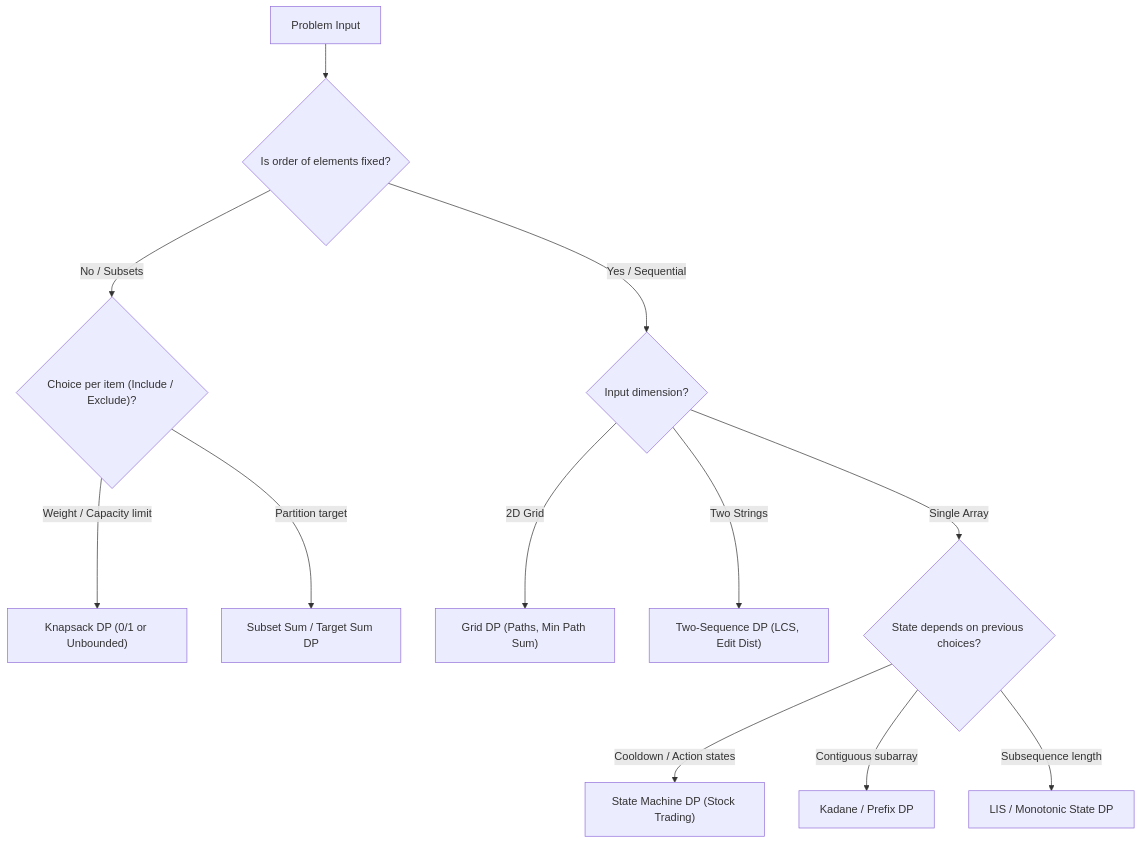
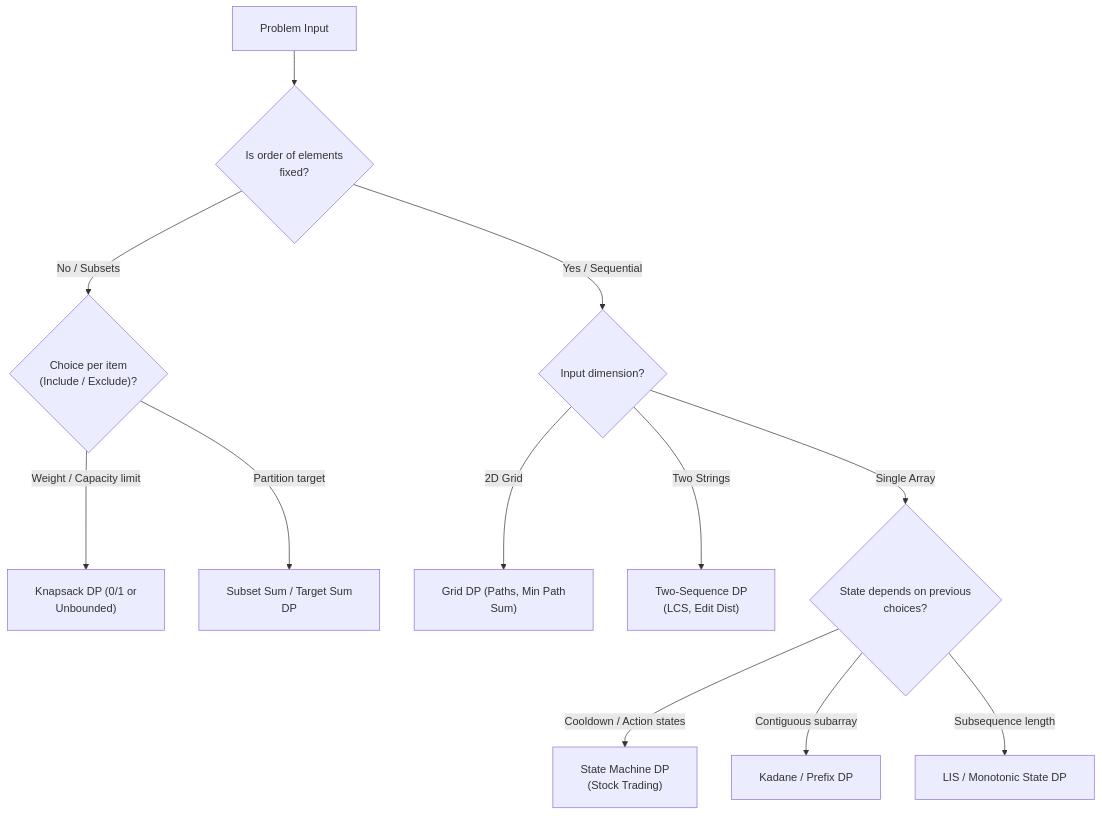
The fourth of 6 diagrams in week_10_dynamic_programming_i_fundamentals/Week_10_Visual_Concepts_Playbook_HYBRID.md (dip4k/DSA_102), drawn with Mermaid before and after one commit. The commit also changed other lines of this file and 108 other files, not shown here.

First line of the commit message:
fix(mermaid): resolve diagram clipping, padding, and syntax issues across repo

````diff
--- a/week_10_dynamic_programming_i_fundamentals/Week_10_Visual_Concepts_Playbook_HYBRID.md
+++ b/week_10_dynamic_programming_i_fundamentals/Week_10_Visual_Concepts_Playbook_HYBRID.md
@@ -380,14 +383,15 @@
 ```mermaid
+%%{init: {"flowchart": {"htmlLabels": true, "padding": 20}}}%%
 flowchart TD
-    Start["Problem Input"] --> Q1{"Is order of elements fixed?"}
-    Q1 -->|No / Subsets| Q2{"Choice per item (Include / Exclude)?"}
-    Q2 -->|Weight / Capacity limit| Knapsack["Knapsack DP (0/1 or Unbounded)"]
-    Q2 -->|Partition target| SubsetSum["Subset Sum / Target Sum DP"]
+    Start["Problem Input"] --> Q1{"Is order of elements<br/>fixed?"}
+    Q1 -->|No / Subsets| Q2{"Choice per item<br/>(Include / Exclude)?"}
+    Q2 -->|Weight / Capacity limit| Knapsack["Knapsack DP (0/1 or<br/>Unbounded)"]
+    Q2 -->|Partition target| SubsetSum["Subset Sum / Target Sum<br/>DP"]
     Q1 -->|Yes / Sequential| Q3{"Input dimension?"}
-    Q3 -->|2D Grid| Grid["Grid DP (Paths, Min Path Sum)"]
-    Q3 -->|Two Strings| LCS["Two-Sequence DP (LCS, Edit Dist)"]
-    Q3 -->|Single Array| Q4{"State depends on previous choices?"}
-    Q4 -->|Cooldown / Action states| StateMachine["State Machine DP (Stock Trading)"]
+    Q3 -->|2D Grid| Grid["Grid DP (Paths, Min Path<br/>Sum)"]
+    Q3 -->|Two Strings| LCS["Two-Sequence DP<br/>(LCS, Edit Dist)"]
+    Q3 -->|Single Array| Q4{"State depends on previous<br/>choices?"}
+    Q4 -->|Cooldown / Action states| StateMachine["State Machine DP<br/>(Stock Trading)"]
     Q4 -->|Contiguous subarray| Kadane["Kadane / Prefix DP"]
     Q4 -->|Subsequence length| LIS["LIS / Monotonic State DP"]
 ```
````
